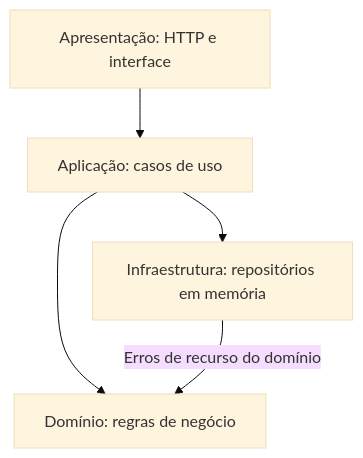
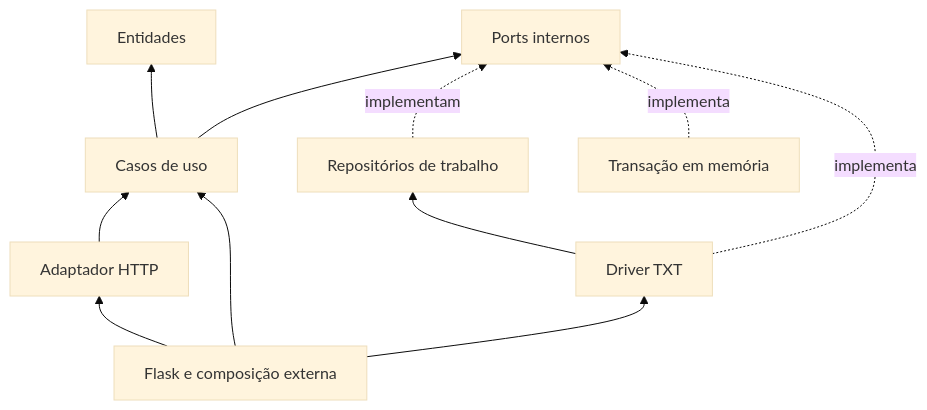
One commit to Ckenz0/Arquitetura-Clean changed the first of 2 diagrams in docs/arquitetura.md. Above: the diagram before and after it, drawn with Mermaid (base theme). The commit also changed other lines of this file and 37 other files, not shown here.

Commit message:
feat: adiciona Clean Architecture, TXT e edição de avaliações

````diff
--- a/docs/arquitetura.md
+++ b/docs/arquitetura.md
@@ -23,7 +25,13 @@
 ```mermaid
-flowchart TB
-    P[Apresentação: HTTP e interface] --> A[Aplicação: casos de uso]
-    A --> D[Domínio: regras de negócio]
-    A --> I[Infraestrutura: repositórios em memória]
-    I -->|Erros de recurso do domínio| D
+flowchart BT
+    HTTP[Adaptador HTTP] --> UC[Casos de uso]
+    UC --> E[Entidades]
+    UC --> P[Ports internos]
+    MEM[Repositórios de trabalho] -. implementam .-> P
+    TX[Transação em memória] -. implementa .-> P
+    TXT[Driver TXT] -. implementa .-> P
+    TXT --> MEM
+    WEB[Flask e composição externa] --> HTTP
+    WEB --> UC
+    WEB --> TXT
 ```
````
